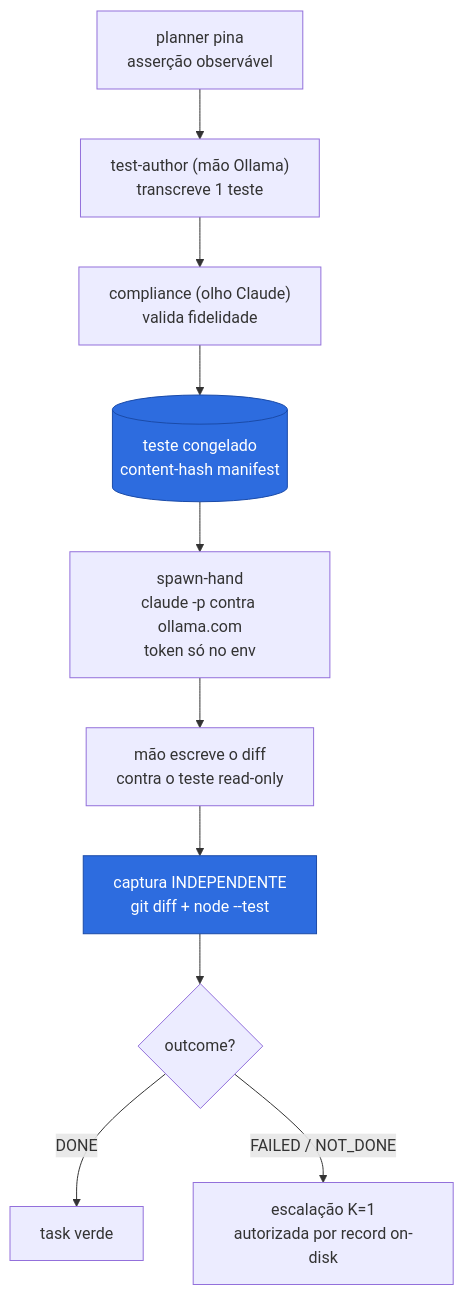
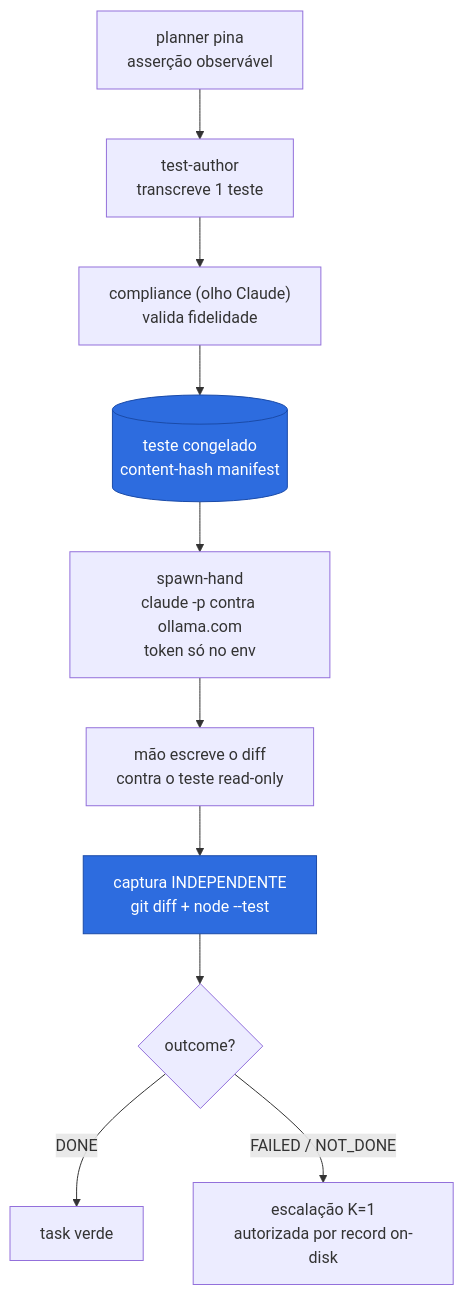
One commit to orobsonn/claude-harness changed the fifth of 7 diagrams in README.md. Above: the diagram before and after it, drawn with Mermaid. The commit also changed other lines of this file and 24 other files, not shown here.

````diff
--- a/README.md
+++ b/README.md
@@ -147,14 +147,14 @@
 ```mermaid
 flowchart TD
-    PIN["planner pina<br/>asserção observável"] --> TA["test-author (mão Ollama)<br/>transcreve 1 teste"]
+    PIN["planner pina<br/>asserção observável"] --> TA["test-author<br/>transcreve 1 teste"]
     TA --> CV["compliance (olho Claude)<br/>valida fidelidade"]
     CV --> FRZ[("teste congelado<br/>content-hash manifest")]
     FRZ --> SPAWN["spawn-hand<br/>claude -p contra ollama.com<br/>token só no env"]
     SPAWN --> HAND["mão escreve o diff<br/>contra o teste read-only"]
     HAND --> CAP["captura INDEPENDENTE<br/>git diff + node --test"]
     CAP --> V{outcome?}
     V -->|DONE| OK[task verde]
     V -->|FAILED / NOT_DONE| ESC["escalação K=1<br/>autorizada por record on-disk"]
     classDef rail fill:#2d6cdf,stroke:#1b4ba8,color:#fff;
     class FRZ,CAP rail;
 ```
````
